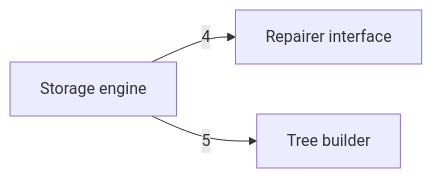
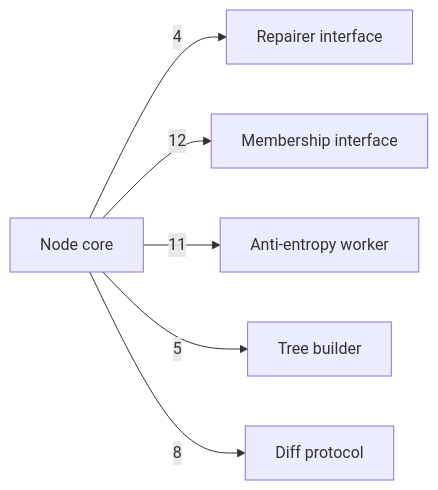
Before and after one commit to nickstrad/decentralized-object-store: the diagram in docs/c4/diagrams/06-component-merkle-c.mmd, drawn with Mermaid. The commit also changed 28 other files, not shown here.

Commit message:
c4: redraw the diagrams as built: a node core that implements every package's interfaces, a node runtime, the object API over one service interface

```diff
--- a/docs/c4/diagrams/06-component-merkle-c.mmd
+++ b/docs/c4/diagrams/06-component-merkle-c.mmd
@@ -1,4 +1,7 @@
 %% draw-visual: -x 4 -y 1 -p 0
 graph LR
-  STORAGE[Storage engine] -->|4| REPAIRER[Repairer interface]
-  STORAGE -->|5| TREE[Tree builder]
+  NODE[Node core] -->|4| REPAIRER[Repairer interface]
+  NODE -->|12| MEMBERSHIP[Membership interface]
+  NODE -->|11| WORKER[Anti-entropy worker]
+  NODE -->|5| TREE[Tree builder]
+  NODE -->|8| DIFF[Diff protocol]
```
